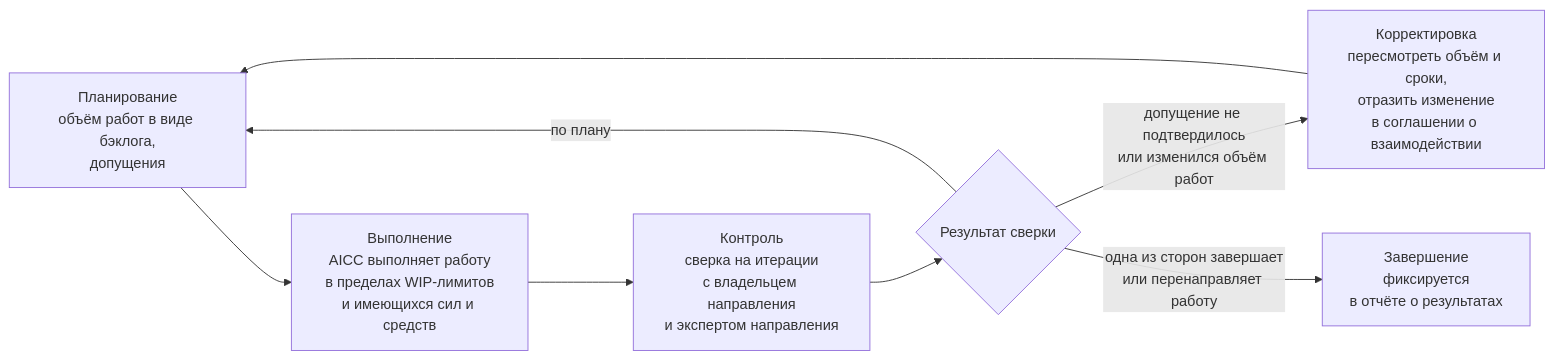
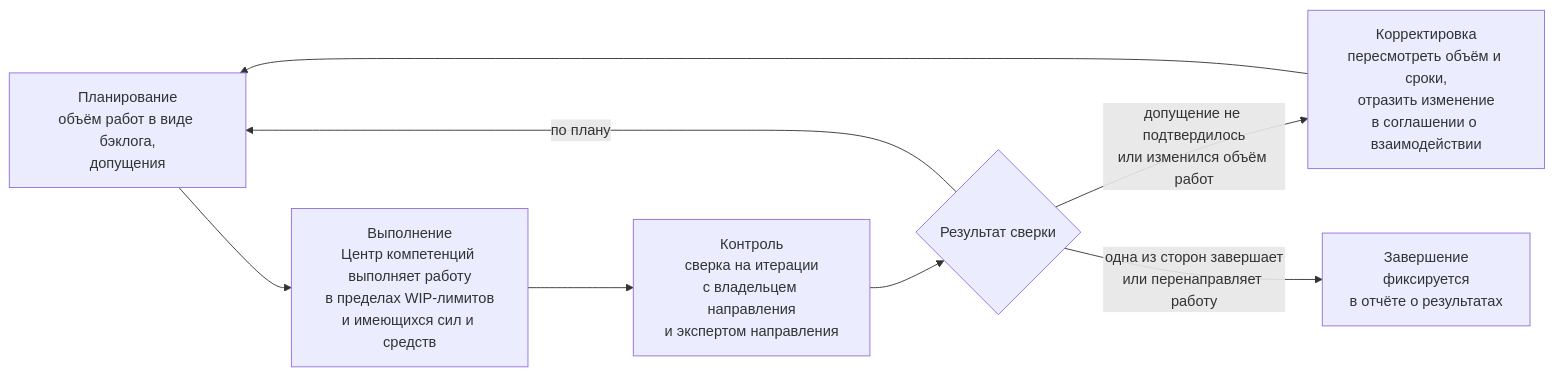
Before and after one commit to devhogu/ob-aicc: the third of 4 diagrams in charter/ru/guides/engagement-guide.md, drawn with Mermaid. The commit also changed other lines of this file and 1149 other files, not shown here.

````diff
--- a/charter/ru/guides/engagement-guide.md
+++ b/charter/ru/guides/engagement-guide.md
@@ -88,10 +88,10 @@
 ```mermaid
 flowchart LR
-  PL["Планирование<br/>объём работ в виде бэклога,<br/>допущения"] --> DO["Выполнение<br/>AICC выполняет работу<br/>в пределах WIP-лимитов<br/>и имеющихся сил и средств"]
+  PL["Планирование<br/>объём работ в виде бэклога,<br/>допущения"] --> DO["Выполнение<br/>Центр компетенций выполняет работу<br/>в пределах WIP-лимитов<br/>и имеющихся сил и средств"]
   DO --> CH["Контроль<br/>сверка на итерации<br/>с владельцем направления<br/>и экспертом направления"]
   CH --> DEC{"Результат сверки"}
   DEC -->|"по плану"| PL
   DEC -->|"допущение не подтвердилось<br/>или изменился объём работ"| AM["Корректировка<br/>пересмотреть объём и сроки,<br/>отразить изменение<br/>в соглашении о взаимодействии"]
   AM --> PL
   DEC -->|"одна из сторон завершает<br/>или перенаправляет работу"| EN["Завершение<br/>фиксируется<br/>в отчёте о результатах"]
 ```
````
